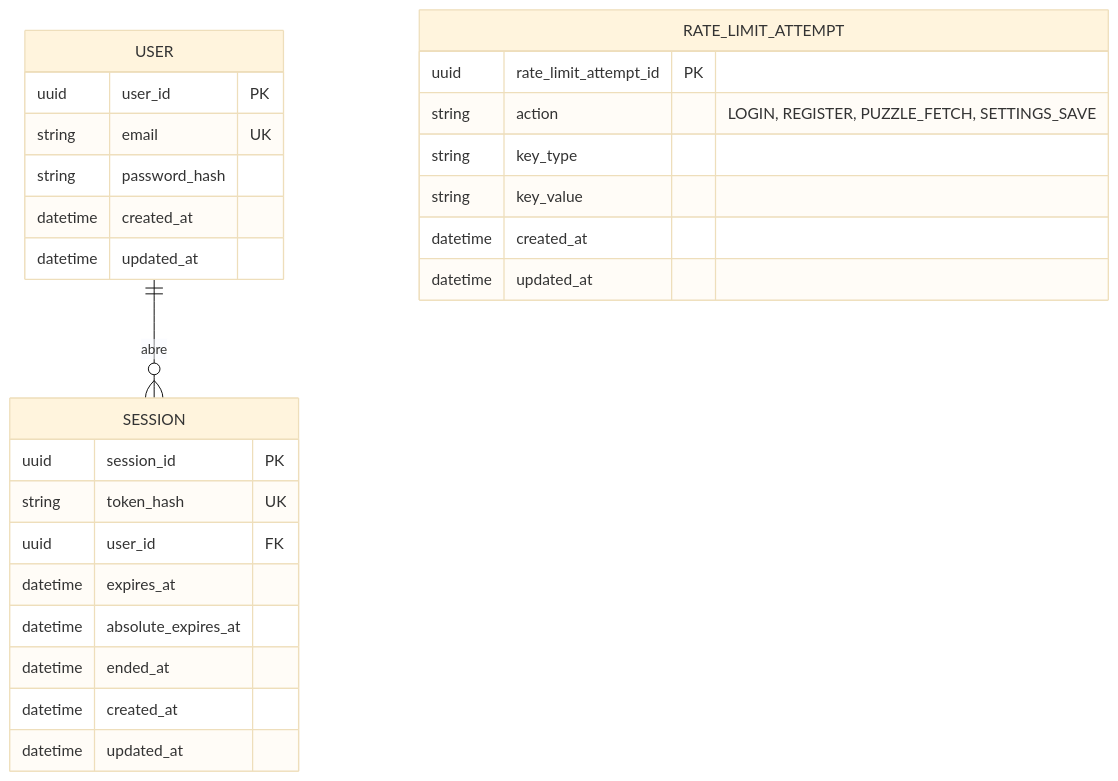
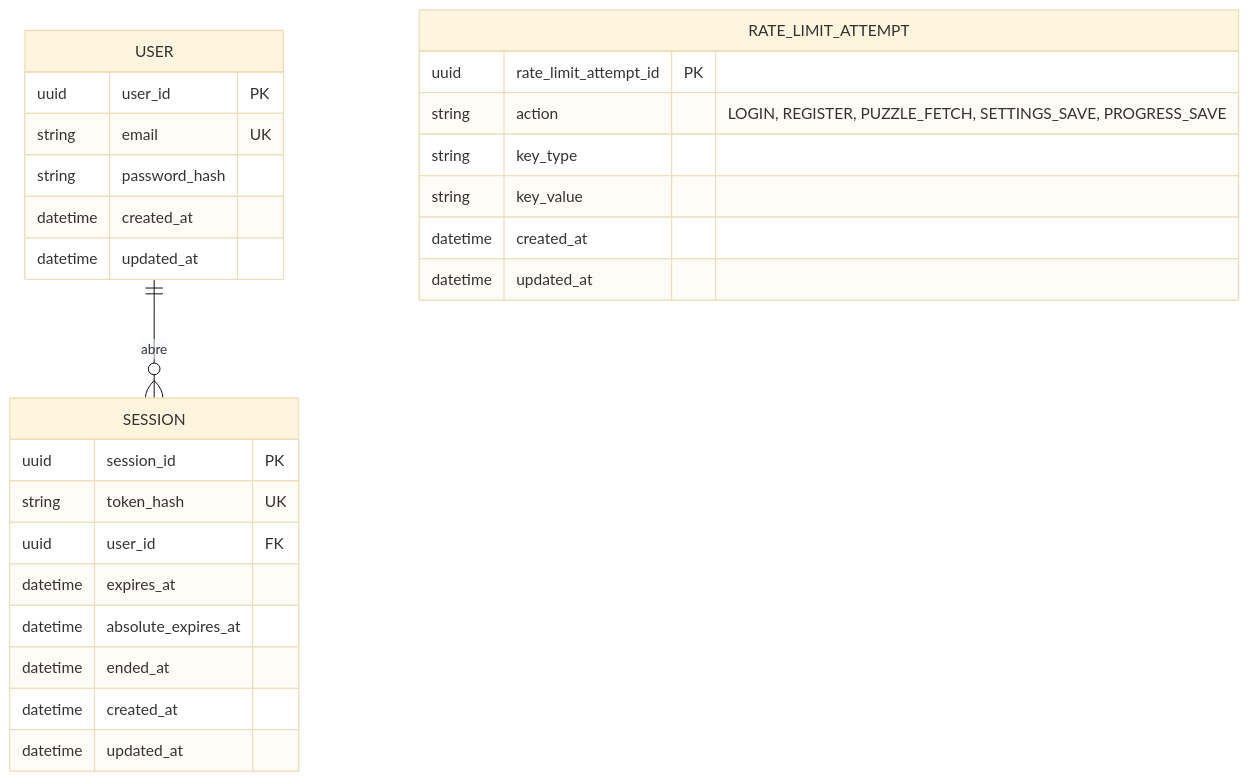
The diagram in docs/entity-relationship-diagrams/ERD-001-banco-auth-convites.md (BrunoYTanaka/cruzadinha), drawn with Mermaid (base theme) before and after one commit. The commit also changed 2 other files, not shown here.

Commit message:
docs: record the progress limit and the e-mail reserve

````diff
--- a/docs/entity-relationship-diagrams/ERD-001-banco-auth-convites.md
+++ b/docs/entity-relationship-diagrams/ERD-001-banco-auth-convites.md
@@ -1,32 +1,32 @@
 ```mermaid
 erDiagram
     USER {
         uuid user_id PK
         string email UK
         string password_hash
         datetime created_at
         datetime updated_at
     }
 
     SESSION {
         uuid session_id PK
         string token_hash UK
         uuid user_id FK
         datetime expires_at
         datetime absolute_expires_at
         datetime ended_at
         datetime created_at
         datetime updated_at
     }
 
     RATE_LIMIT_ATTEMPT {
         uuid rate_limit_attempt_id PK
-        string action "LOGIN, REGISTER, PUZZLE_FETCH, SETTINGS_SAVE"
+        string action "LOGIN, REGISTER, PUZZLE_FETCH, SETTINGS_SAVE, PROGRESS_SAVE"
         string key_type
         string key_value
         datetime created_at
         datetime updated_at
     }
 
     USER ||--o{ SESSION : "abre"
 ```
````
